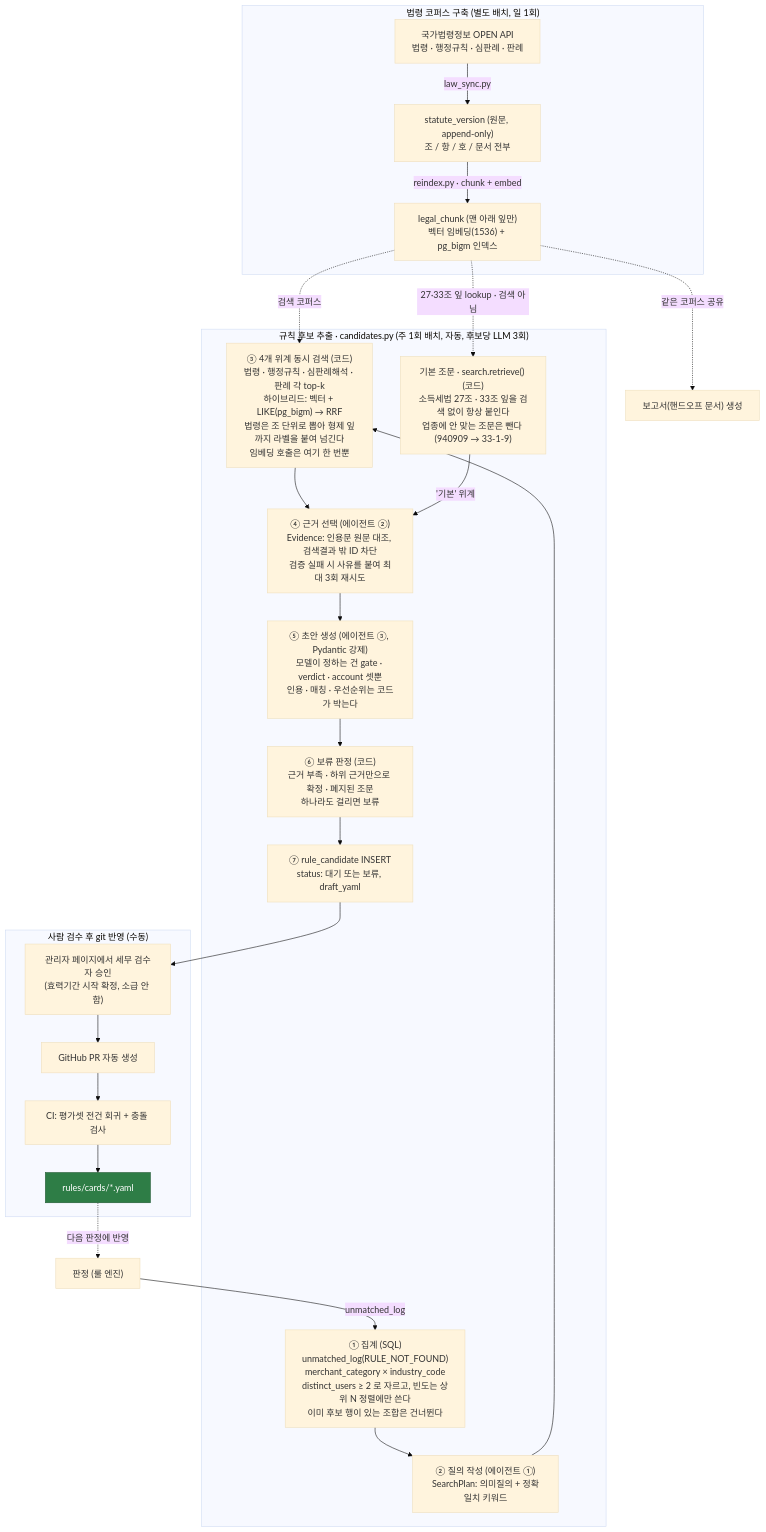
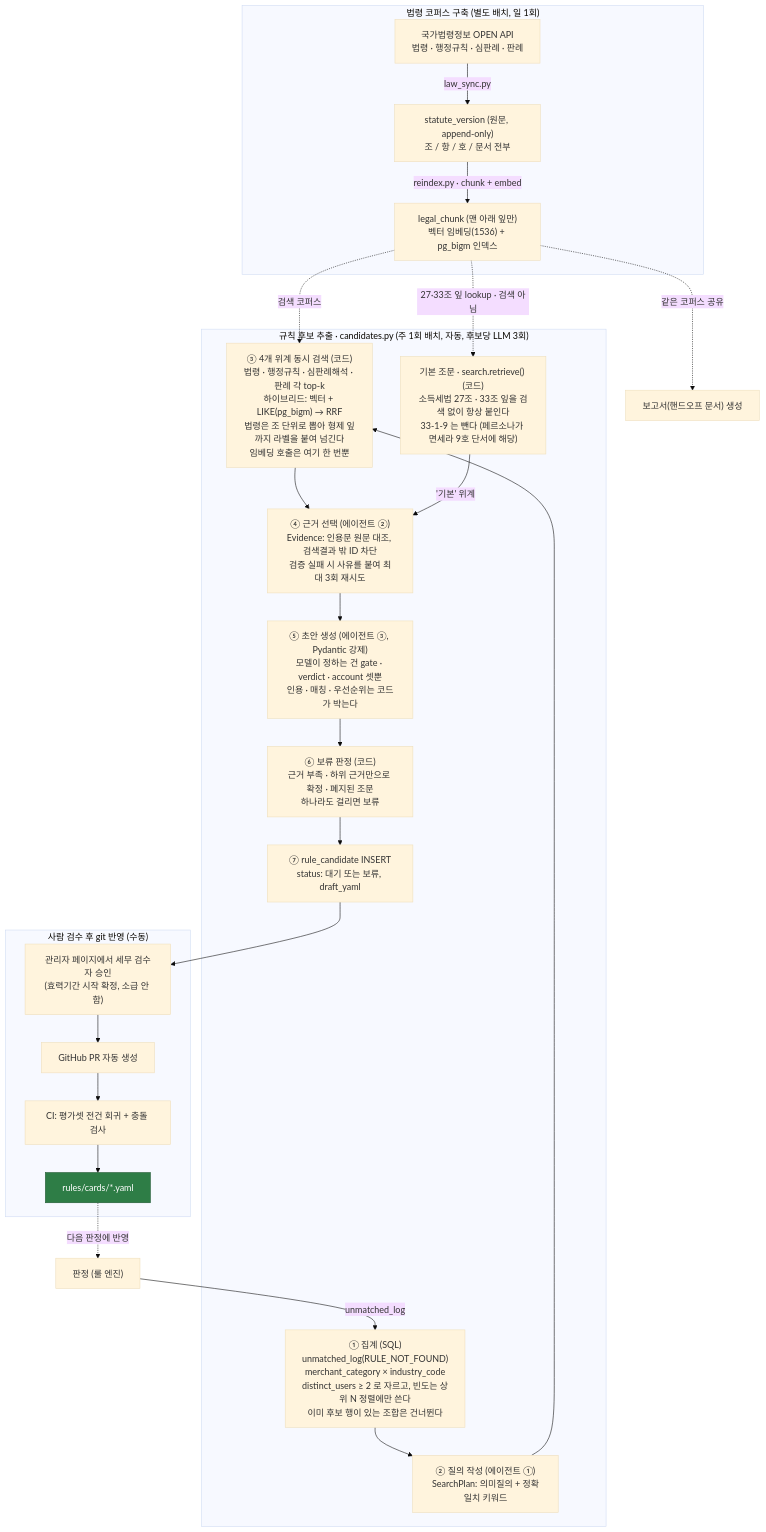
Before and after one commit to RainDrop3/ktc4-pusan-4: the third of 3 diagrams in docs/architecture.md, drawn with Mermaid (base theme). The commit also changed 4 other files, not shown here.

````diff
--- a/docs/architecture.md
+++ b/docs/architecture.md
@@ -116,43 +116,43 @@
 ```mermaid
 flowchart TD
     subgraph CORPUS["법령 코퍼스 구축 (별도 배치, 일 1회)"]
         LAW["국가법령정보 OPEN API<br/>법령 · 행정규칙 · 심판례 · 판례"]
         SV["statute_version (원문, append-only)<br/>조 / 항 / 호 / 문서 전부"]
         LC["legal_chunk (맨 아래 잎만)<br/>벡터 임베딩(1536) + pg_bigm 인덱스"]
         LAW -->|"law_sync.py"| SV -->|"reindex.py · chunk + embed"| LC
     end
 
     subgraph EXTRACT["규칙 후보 추출 · candidates.py (주 1회 배치, 자동, 후보당 LLM 3회)"]
         AGG["① 집계 (SQL)<br/>unmatched_log(RULE_NOT_FOUND)<br/>merchant_category × industry_code<br/>distinct_users ≥ 2 로 자르고, 빈도는 상위 N 정렬에만 쓴다<br/>이미 후보 행이 있는 조합은 건너뛴다"]
         PLAN["② 질의 작성 (에이전트 ①)<br/>SearchPlan: 의미질의 + 정확일치 키워드"]
         SEARCH["③ 4개 위계 동시 검색 (코드)<br/>법령 · 행정규칙 · 심판례해석 · 판례 각 top-k<br/>하이브리드: 벡터 + LIKE(pg_bigm) → RRF<br/>법령은 조 단위로 뽑아 형제 잎까지 라벨을 붙여 넘긴다<br/>임베딩 호출은 여기 한 번뿐"]
-        FRAME["기본 조문 · search.retrieve() (코드)<br/>소득세법 27조 · 33조 잎을 검색 없이 항상 붙인다<br/>업종에 안 맞는 조문은 뺀다 (940909 → 33-1-9)"]
+        FRAME["기본 조문 · search.retrieve() (코드)<br/>소득세법 27조 · 33조 잎을 검색 없이 항상 붙인다<br/>33-1-9 는 뺀다 (페르소나가 면세라 9호 단서에 해당)"]
         PICK["④ 근거 선택 (에이전트 ②)<br/>Evidence: 인용문 원문 대조, 검색결과 밖 ID 차단<br/>검증 실패 시 사유를 붙여 최대 3회 재시도"]
         DRAFT["⑤ 초안 생성 (에이전트 ③, Pydantic 강제)<br/>모델이 정하는 건 gate · verdict · account 셋뿐<br/>인용 · 매칭 · 우선순위는 코드가 박는다"]
         HOLD["⑥ 보류 판정 (코드)<br/>근거 부족 · 하위 근거만으로 확정 · 폐지된 조문<br/>하나라도 걸리면 보류"]
         CAND["⑦ rule_candidate INSERT<br/>status: 대기 또는 보류, draft_yaml"]
         AGG --> PLAN --> SEARCH --> PICK --> DRAFT --> HOLD --> CAND
         FRAME -->|"'기본' 위계"| PICK
     end
 
     subgraph HUMAN["사람 검수 후 git 반영 (수동)"]
         ADMIN["관리자 페이지에서 세무 검수자 승인<br/>(효력기간 시작 확정, 소급 안 함)"]
         PR["GitHub PR 자동 생성"]
         CI["CI: 평가셋 전건 회귀 + 충돌 검사"]
         CARDS["rules/cards/*.yaml"]
         ADMIN --> PR --> CI --> CARDS
     end
 
     JUDGE["판정 (룰 엔진)"]
     REPORT["보고서(핸드오프 문서) 생성"]
 
     JUDGE -->|"unmatched_log"| AGG
     LC -.->|"검색 코퍼스"| SEARCH
     LC -.->|"27·33조 잎 lookup · 검색 아님"| FRAME
     LC -.->|"같은 코퍼스 공유"| REPORT
     CAND --> ADMIN
     CARDS -.->|"다음 판정에 반영"| JUDGE
 
     classDef done fill:#2e7d46,color:#ffffff,stroke:#1f5731;
     class CARDS done;
 ```
````
